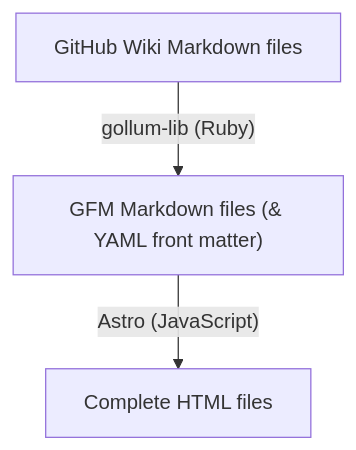
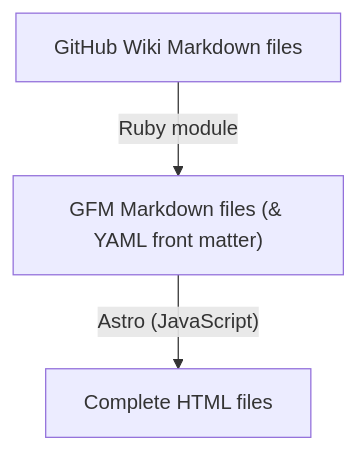
One commit to yuuki7/github-wiki-to-html changed the diagram in README.md. Above: the diagram before and after it, drawn with Mermaid. The commit also changed other lines of this file, not shown here.

````diff
--- a/README.md
+++ b/README.md
@@ -18,5 +35,5 @@
 ```mermaid
 graph TD
-    A["GitHub Wiki Markdown files"] -->|"gollum-lib (Ruby)"| B["GFM Markdown files (& YAML front matter)"]
+    A["GitHub Wiki Markdown files"] -->|"Ruby module"| B["GFM Markdown files (& YAML front matter)"]
     B -->|"Astro (JavaScript)"| C["Complete HTML files"]
 ```
````
